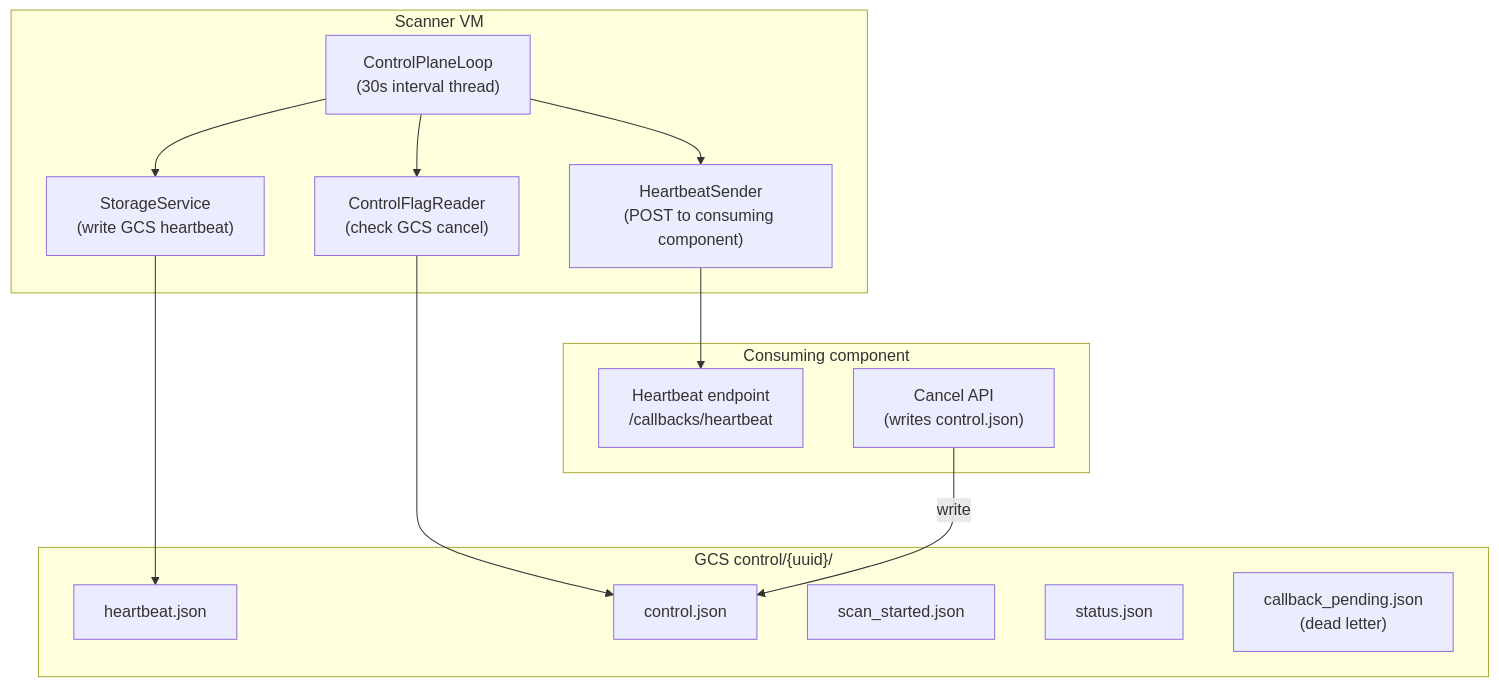
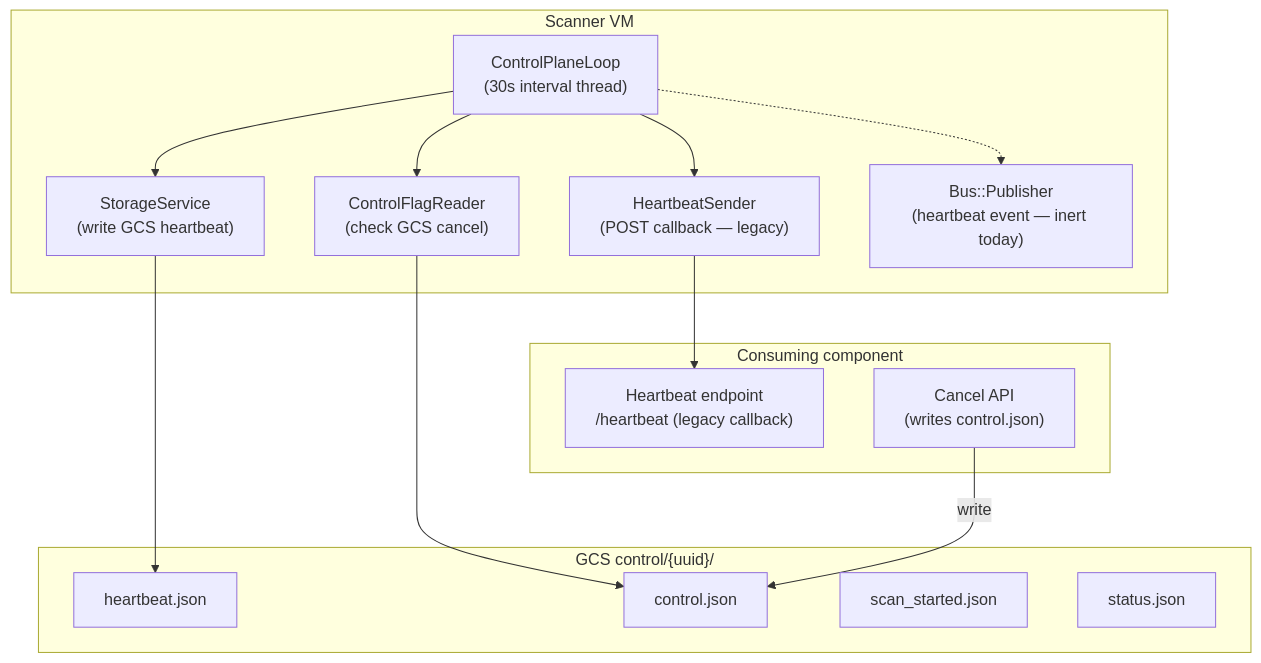
Before and after one commit to Peregrine-Technology-Systems/peregrine-penetrator-scanner: the fifth of 11 diagrams in docs/ARCHITECTURE.md, drawn with Mermaid. The commit also changed other lines of this file and 8 other files, not shown here.

First line of the commit message:
fix: dead NotificationService call crashed non-smoke scans; refresh architecture docs (#1077, #1076)

````diff
--- a/docs/ARCHITECTURE.md
+++ b/docs/ARCHITECTURE.md
@@ -461,27 +185,28 @@
 ```mermaid
 graph TB
     subgraph "Scanner VM"
         CPL["ControlPlaneLoop<br/>(30s interval thread)"]
-        HBS["HeartbeatSender<br/>(POST to consuming component)"]
+        HBS["HeartbeatSender<br/>(POST callback — legacy)"]
         CFR["ControlFlagReader<br/>(check GCS cancel)"]
         SS["StorageService<br/>(write GCS heartbeat)"]
+        BUS["Bus::Publisher<br/>(heartbeat event — inert today)"]
     end
 
     subgraph "GCS control/{uuid}/"
         HB["heartbeat.json"]
         CF["control.json"]
         SS2["scan_started.json"]
         ST["status.json"]
-        DL["callback_pending.json<br/>(dead letter)"]
     end
 
     subgraph "Consuming component"
-        API["Heartbeat endpoint<br/>/callbacks/heartbeat"]
+        API["Heartbeat endpoint<br/>/heartbeat (legacy callback)"]
         Cancel["Cancel API<br/>(writes control.json)"]
     end
 
     CPL --> HBS --> API
     CPL --> SS --> HB
     CPL --> CFR --> CF
+    CPL -.-> BUS
     Cancel -->|"write"| CF
 ```
````
